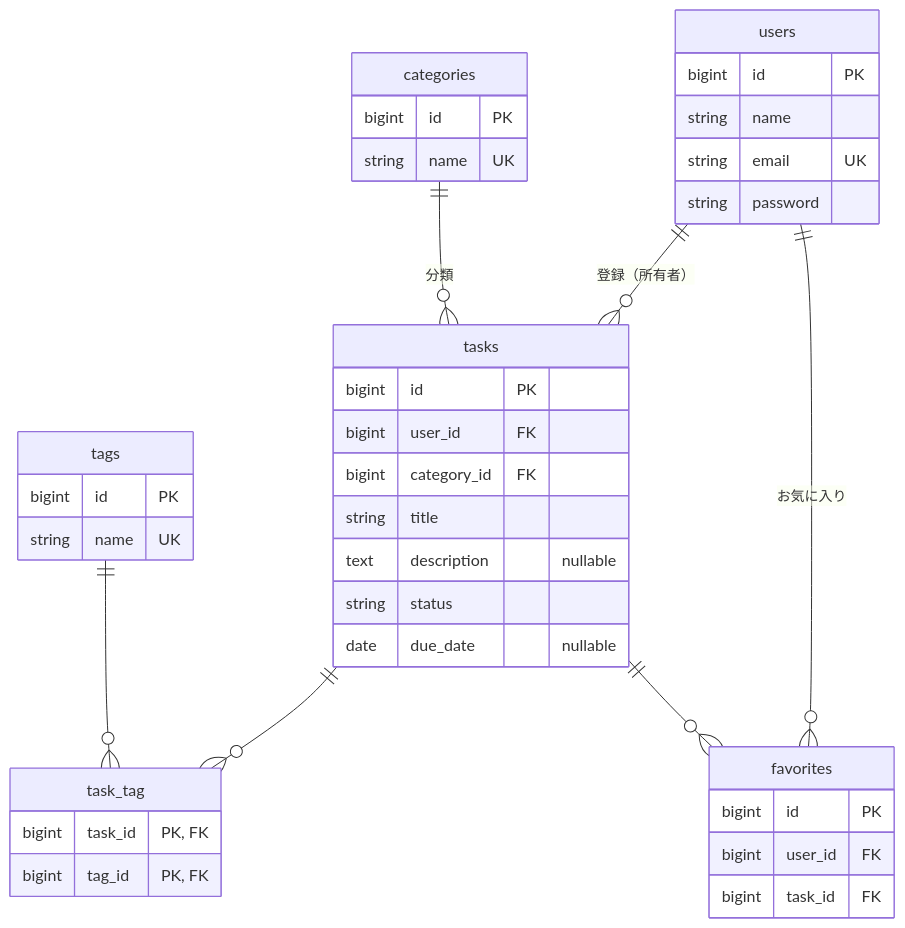
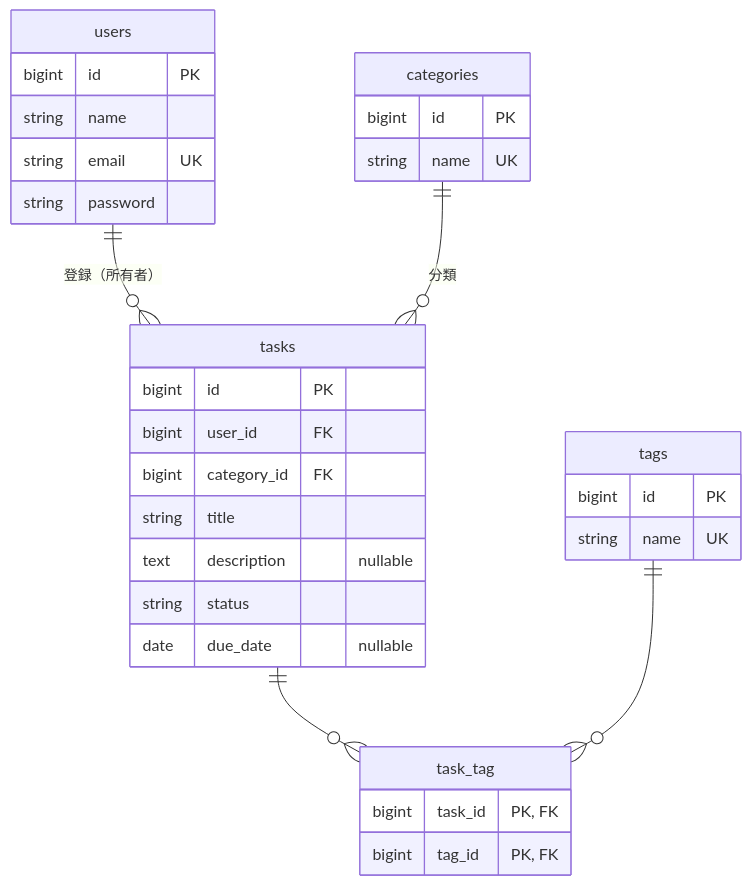
One commit to coachtech-material/bookshelf-transition changed the diagram in curriculums/part-04_総合ハンズオン（タスク管理アプリをゼロから）/chapter-09_総合ハンズオン①-設計から-CRUD-まで/9-1_要件定義と設計.md. Above: the diagram before and after it, drawn with Mermaid. The commit also changed other lines of this file and 39 other files, not shown here.

````diff
--- a/curriculums/part-04_総合ハンズオン（タスク管理アプリをゼロから）/chapter-09_総合ハンズオン①-設計から-CRUD-まで/9-1_要件定義と設計.md
+++ b/curriculums/part-04_総合ハンズオン（タスク管理アプリをゼロから）/chapter-09_総合ハンズオン①-設計から-CRUD-まで/9-1_要件定義と設計.md
@@ -64,42 +63,35 @@
 ```mermaid
 erDiagram
     users ||--o{ tasks : "登録（所有者）"
-    users ||--o{ favorites : "お気に入り"
     categories ||--o{ tasks : "分類"
     tasks ||--o{ task_tag : ""
     tags ||--o{ task_tag : ""
-    tasks ||--o{ favorites : ""
 
     users {
         bigint id PK
         string name
         string email UK
         string password
     }
     categories {
         bigint id PK
         string name UK
     }
     tags {
         bigint id PK
         string name UK
     }
     tasks {
         bigint id PK
         bigint user_id FK
         bigint category_id FK
         string title
         text description "nullable"
         string status
         date due_date "nullable"
     }
     task_tag {
         bigint task_id "PK, FK"
         bigint tag_id "PK, FK"
     }
-    favorites {
-        bigint id PK
-        bigint user_id FK
-        bigint task_id FK
-    }
 ```
````
